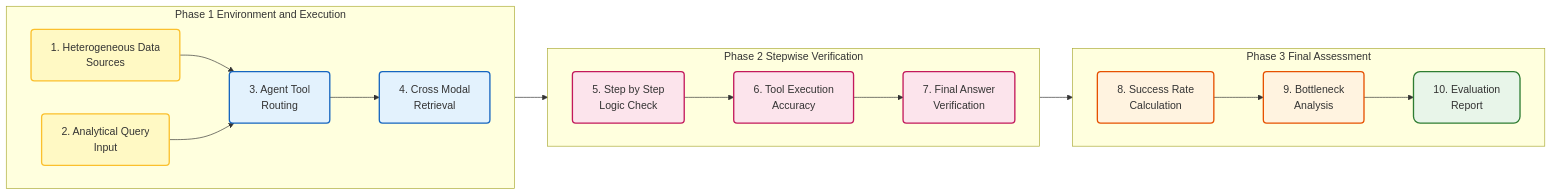
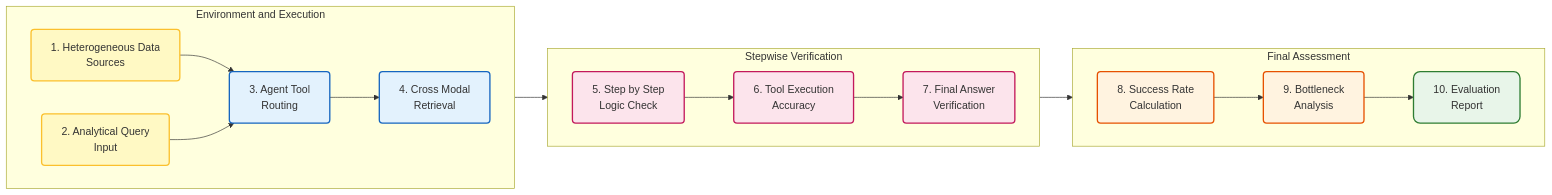
Before and after one commit to hhtrocket/HHT-Benchmark-dataset: the sixth of 6 diagrams in Literature Review/brief report 3.md, drawn with Mermaid. The commit also changed other lines of this file, not shown here.

````diff
--- a/Literature Review/brief report 3.md
+++ b/Literature Review/brief report 3.md
@@ -296,42 +296,42 @@
 ```mermaid
 graph LR
     classDef phase1 fill:#e3f2fd,stroke:#1565c0,stroke-width:2px,rx:5,ry:5;
     classDef phase2 fill:#fce4ec,stroke:#c2185b,stroke-width:2px,rx:5,ry:5;
     classDef phase3 fill:#fff3e0,stroke:#e65100,stroke-width:2px,rx:5,ry:5;
     classDef input fill:#fff9c4,stroke:#fbc02d,stroke-width:2px,rx:5,ry:5;
     classDef report fill:#e8f5e9,stroke:#2e7d32,stroke-width:2px,rx:10,ry:10;
 
-    subgraph P1 [Phase 1 Environment and Execution]
+    subgraph Environment and Execution
         direction LR
         N1["1. Heterogeneous Data<br/>Sources"]:::input
         N2["2. Analytical Query<br/>Input"]:::input
         N3["3. Agent Tool<br/>Routing"]:::phase1
         N4["4. Cross Modal<br/>Retrieval"]:::phase1
         
         N1 --> N3
         N2 --> N3
         N3 --> N4
     end
 
-    subgraph P2 [Phase 2 Stepwise Verification]
+    subgraph  Stepwise Verification
         direction LR
         N5["5. Step by Step<br/>Logic Check"]:::phase2
         N6["6. Tool Execution<br/>Accuracy"]:::phase2
         N7["7. Final Answer<br/>Verification"]:::phase2
         
         N4 --> N5
         N5 --> N6
         N6 --> N7
     end
 
-    subgraph P3 [Phase 3 Final Assessment]
+    subgraph  Final Assessment
         direction LR
         N8["8. Success Rate<br/>Calculation"]:::phase3
         N9["9. Bottleneck<br/>Analysis"]:::phase3
         N10["10. Evaluation<br/>Report"]:::report
         
         N7 --> N8
         N8 --> N9
         N9 --> N10
     end
 ```
````
